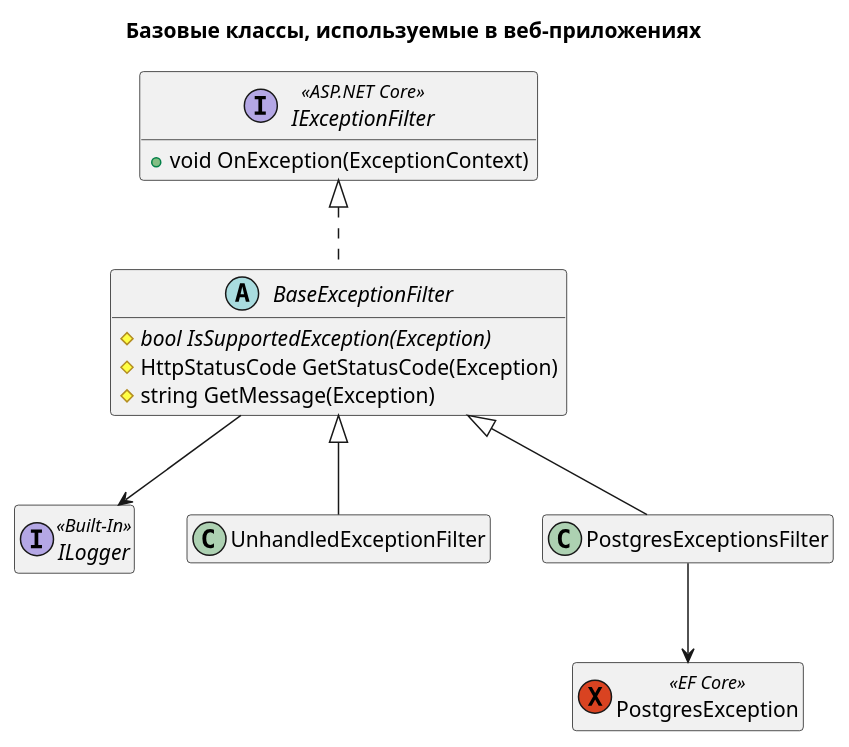
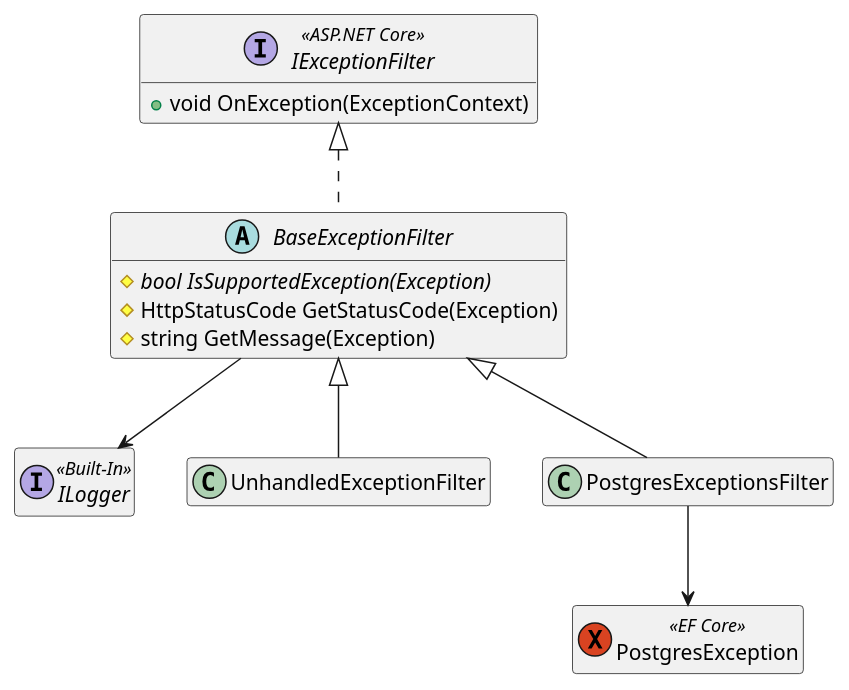
The diagram in docs/diagrams/classes/Shared.WebApi.puml (mrypdm/JobSystem), drawn with PlantUML before and after one commit. The commit also changed 19 other files, not shown here.

```diff
--- a/docs/diagrams/classes/Shared.WebApi.puml
+++ b/docs/diagrams/classes/Shared.WebApi.puml
@@ -1,30 +1,28 @@
 @startuml Shared.WebApi classes
 hide empty members
-
-title Базовые классы, используемые в веб-приложениях
 
 interface IExceptionFilter << ASP.NET Core >>
 {
     +void OnException(ExceptionContext)
 }
 interface ILogger << Built-In >>
 
 exception PostgresException << EF Core >>
 
 abstract class BaseExceptionFilter
 {
     {abstract}#bool IsSupportedException(Exception)
     #HttpStatusCode GetStatusCode(Exception)
     #string GetMessage(Exception)
 }
 IExceptionFilter <|.. BaseExceptionFilter
 BaseExceptionFilter --> ILogger
 
 class UnhandledExceptionFilter
 BaseExceptionFilter <|-- UnhandledExceptionFilter
 
 class PostgresExceptionsFilter
 BaseExceptionFilter <|-- PostgresExceptionsFilter
 PostgresExceptionsFilter --> PostgresException
 
 @enduml
```
